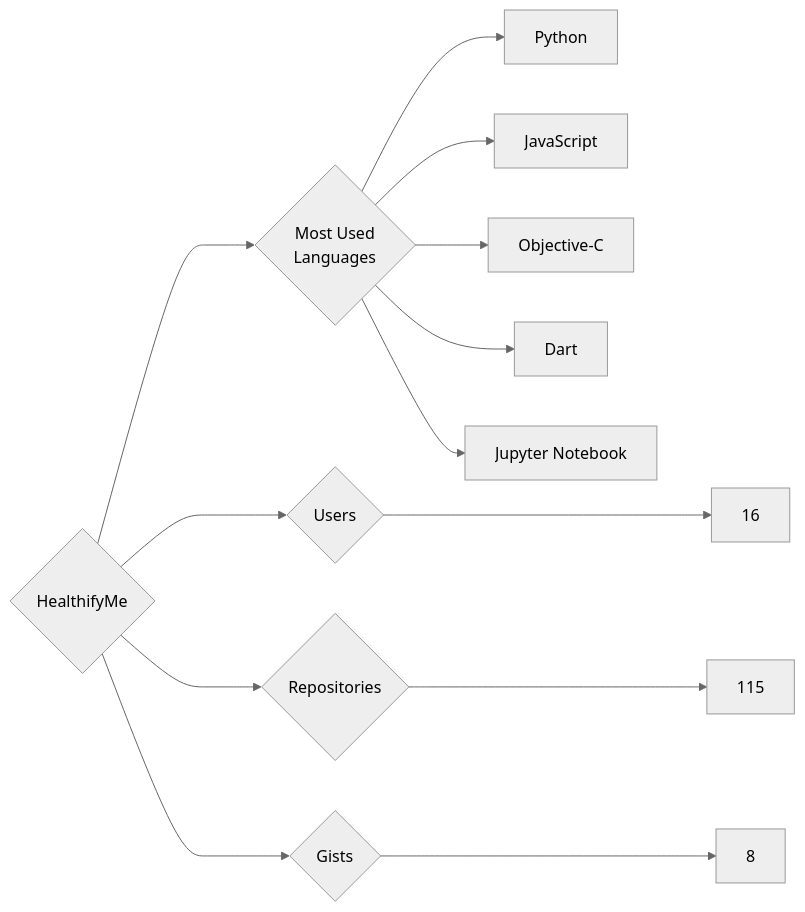
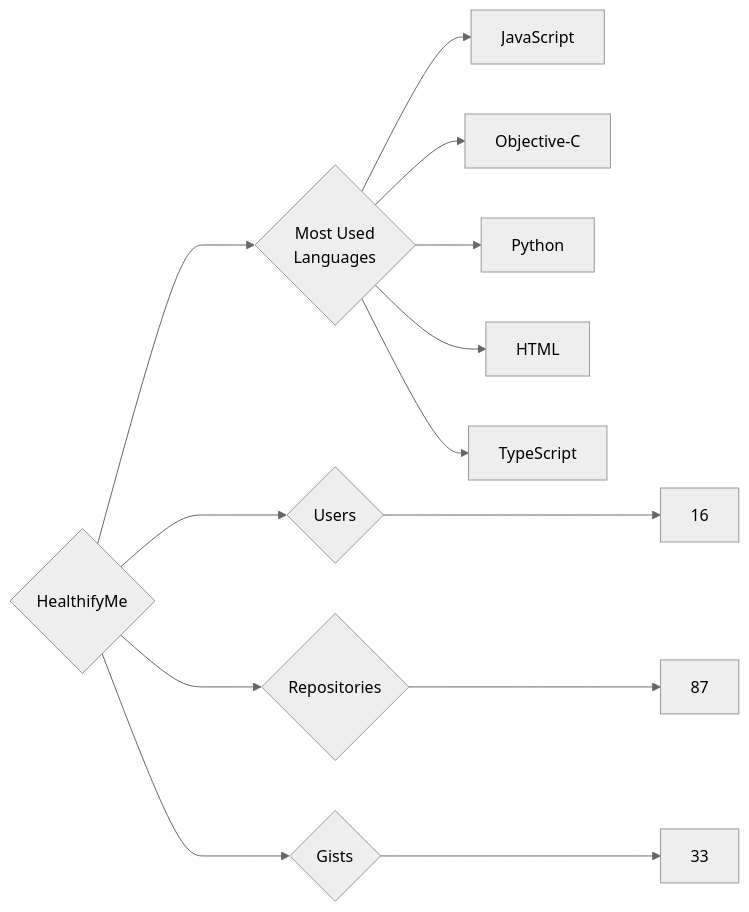
Before and after one commit to trickest/insiders: the diagram in targets/HealthifyMe/README.md, drawn with Mermaid (neutral theme). The commit also changed 720 other files, not shown here.

````diff
--- a/targets/HealthifyMe/README.md
+++ b/targets/HealthifyMe/README.md
@@ -3,13 +3,13 @@
 ```mermaid
 graph LR
 COMPANY_NAME{HealthifyMe}
 COMPANY_NAME ---> U{Users} ---> UN[16]
-COMPANY_NAME ---> R{Repositories} ---> RN[115]
-COMPANY_NAME ---> G{Gists} ---> GN[8]
+COMPANY_NAME ---> R{Repositories} ---> RN[87]
+COMPANY_NAME ---> G{Gists} ---> GN[33]
 COMPANY_NAME ---> ML{Most Used<br>Languages}
-ML --> Python[Python]
 ML --> JavaScript[JavaScript]
 ML --> Objective-C[Objective-C]
-ML --> Dart[Dart]
-ML --> Jupyter_Notebook[Jupyter Notebook]
+ML --> Python[Python]
+ML --> HTML[HTML]
+ML --> TypeScript[TypeScript]
 ```
````
